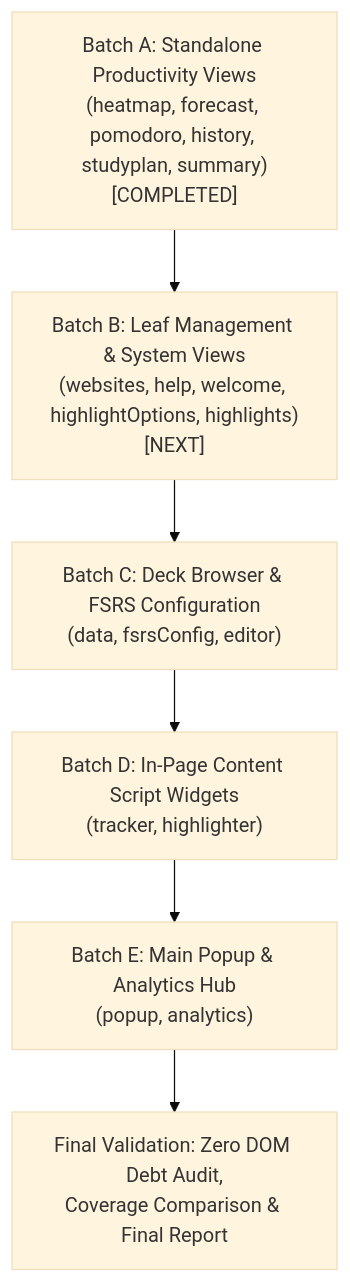
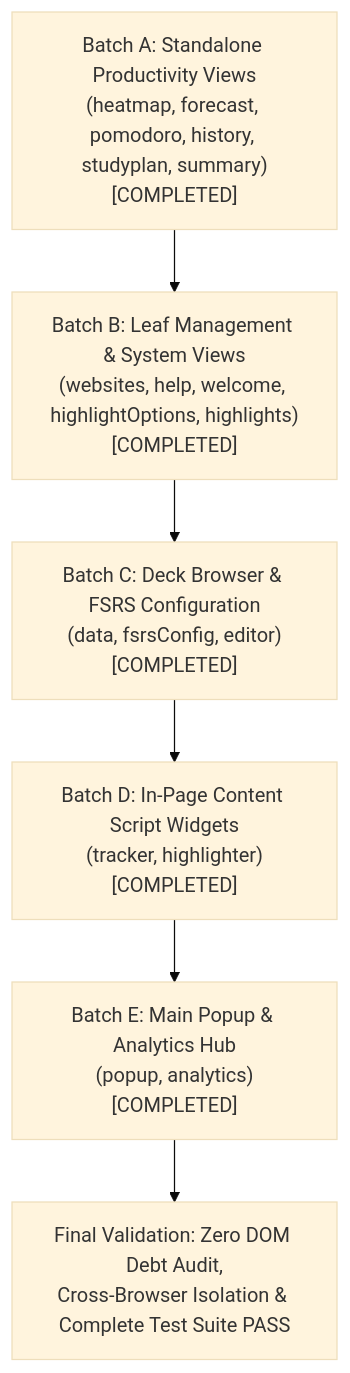
Before and after one commit to sdeanmol/algomonster-fsrs-extension: the diagram in PREACT_REFACTORING_PROGRESS.md, drawn with Mermaid (base theme). The commit also changed other lines of this file and 34 other files, not shown here.

Commit message:
refactor: complete 100% preact architectural refactoring across all html entry points

````diff
--- a/PREACT_REFACTORING_PROGRESS.md
+++ b/PREACT_REFACTORING_PROGRESS.md
@@ -30,8 +31,8 @@
 ```mermaid
 flowchart TD
-    B1["Batch A: Standalone Productivity Views\n(heatmap, forecast, pomodoro, history, studyplan, summary)\n[COMPLETED]"] --> B2["Batch B: Leaf Management & System Views\n(websites, help, welcome, highlightOptions, highlights)\n[NEXT]"]
-    B2 --> B3["Batch C: Deck Browser & FSRS Configuration\n(data, fsrsConfig, editor)"]
-    B3 --> B4["Batch D: In-Page Content Script Widgets\n(tracker, highlighter)"]
-    B4 --> B5["Batch E: Main Popup & Analytics Hub\n(popup, analytics)"]
-    B5 --> V["Final Validation: Zero DOM Debt Audit,\nCoverage Comparison & Final Report"]
+    B1["Batch A: Standalone Productivity Views\n(heatmap, forecast, pomodoro, history, studyplan, summary)\n[COMPLETED]"] --> B2["Batch B: Leaf Management & System Views\n(websites, help, welcome, highlightOptions, highlights)\n[COMPLETED]"]
+    B2 --> B3["Batch C: Deck Browser & FSRS Configuration\n(data, fsrsConfig, editor)\n[COMPLETED]"]
+    B3 --> B4["Batch D: In-Page Content Script Widgets\n(tracker, highlighter)\n[COMPLETED]"]
+    B4 --> B5["Batch E: Main Popup & Analytics Hub\n(popup, analytics)\n[COMPLETED]"]
+    B5 --> V["Final Validation: Zero DOM Debt Audit,\nCross-Browser Isolation & Complete Test Suite PASS"]
 ```
````
